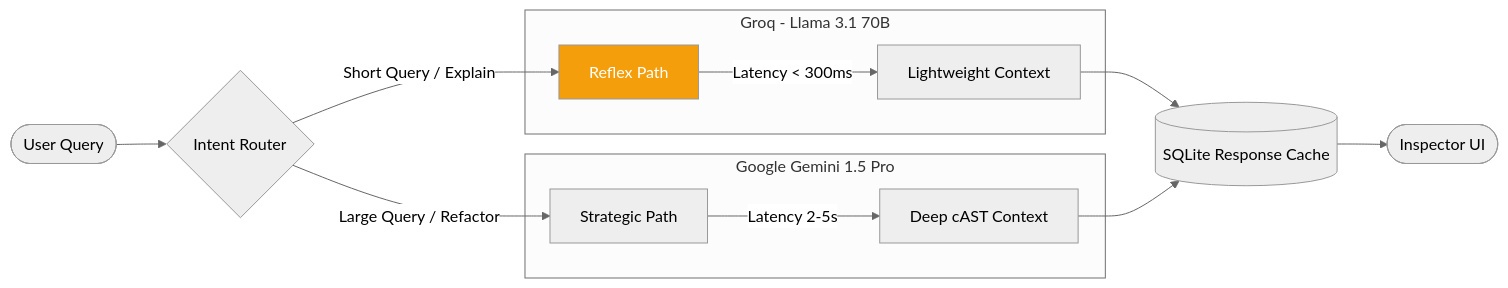
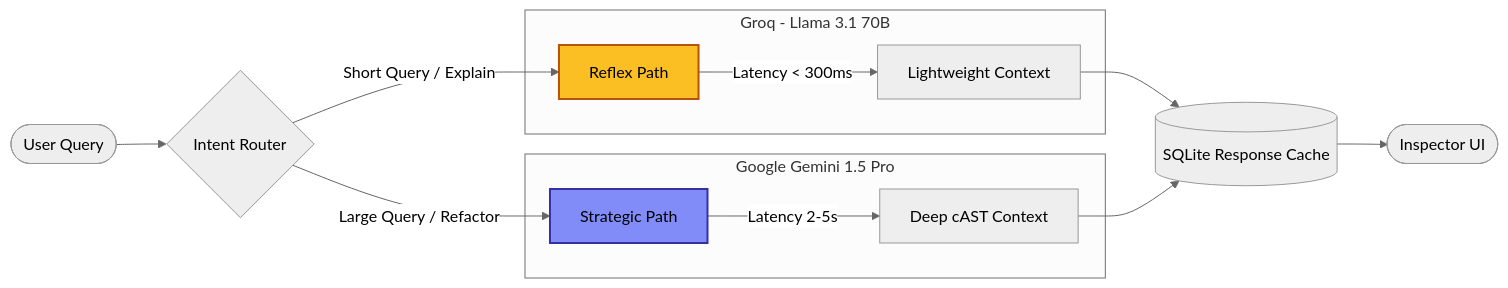
The second of 4 diagrams in Readme.md (unshakensoul17/practice-git), drawn with Mermaid (neutral theme) before and after one commit. The commit also changed other lines of this file, not shown here.

First line of the commit message:
Enhance Readme with updated mermaid diagrams

````diff
--- a/Readme.md
+++ b/Readme.md
@@ -1461,22 +1461,23 @@
 ```mermaid
 flowchart LR
 
 Q([User Query]) --> Router{Intent Router}
 
 Router -->|Short Query / Explain| Reflex[Reflex Path]
 Router -->|Large Query / Refactor| Strategic[Strategic Path]
 
 subgraph Groq["Groq - Llama 3.1 70B"]
     Reflex -->|Latency < 300ms| FastContext[Lightweight Context]
 end
 
 subgraph Gemini["Google Gemini 1.5 Pro"]
     Strategic -->|Latency 2-5s| DeepContext[Deep cAST Context]
 end
 
 FastContext --> Cache[(SQLite Response Cache)]
 DeepContext --> Cache
 Cache --> UI([Inspector UI])
 
-style Reflex fill:#f59e0b,color:#ffffff
+style Reflex fill:#fbbf24,stroke:#b45309,stroke-width:2px,color:#000
+style Strategic fill:#818cf8,stroke:#3730a3,stroke-width:2px,color:#000
 ```
````
